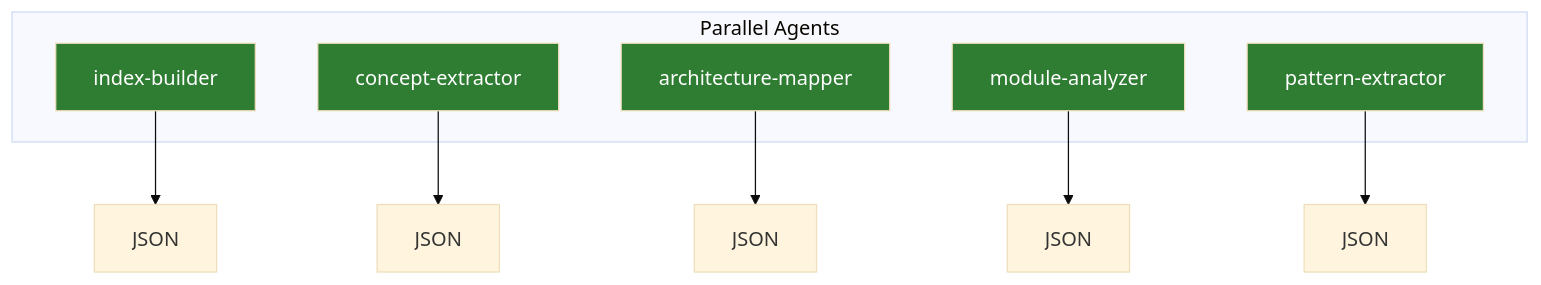
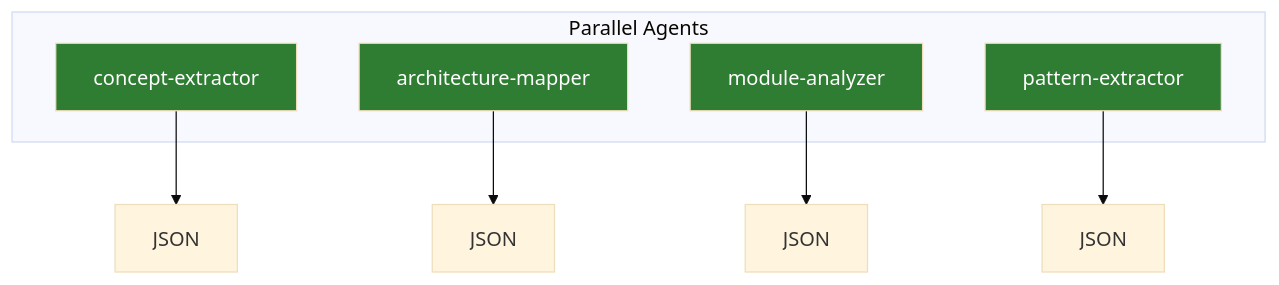
Before and after one commit to rp1-run/rp1: the third of 6 diagrams in docs/concepts/map-reduce-workflows.md, drawn with Mermaid (base theme). The commit also changed other lines of this file and 41 other files, not shown here.

````diff
--- a/docs/concepts/map-reduce-workflows.md
+++ b/docs/concepts/map-reduce-workflows.md
@@ -79,22 +78,19 @@
 ```mermaid
 flowchart TB
     subgraph "Parallel Agents"
-        A1[index-builder]
-        A2[concept-extractor]
-        A3[architecture-mapper]
-        A4[module-analyzer]
-        A5[pattern-extractor]
+        A1[concept-extractor]
+        A2[architecture-mapper]
+        A3[module-analyzer]
+        A4[pattern-extractor]
     end
 
     A1 --> J1[JSON]
     A2 --> J2[JSON]
     A3 --> J3[JSON]
     A4 --> J4[JSON]
-    A5 --> J5[JSON]
 
     style A1 fill:#2e7d32,color:#fff
     style A2 fill:#2e7d32,color:#fff
     style A3 fill:#2e7d32,color:#fff
     style A4 fill:#2e7d32,color:#fff
-    style A5 fill:#2e7d32,color:#fff
 ```
````
